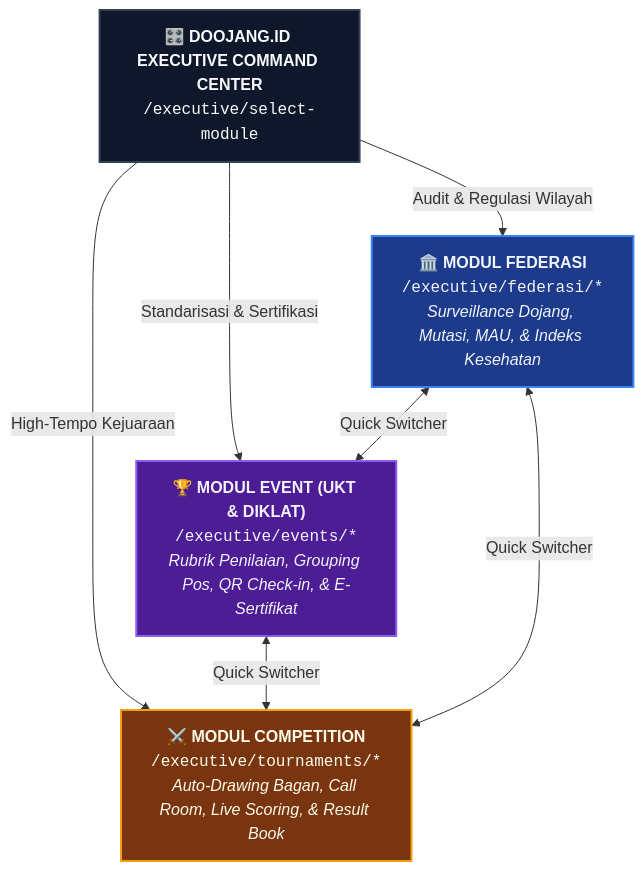
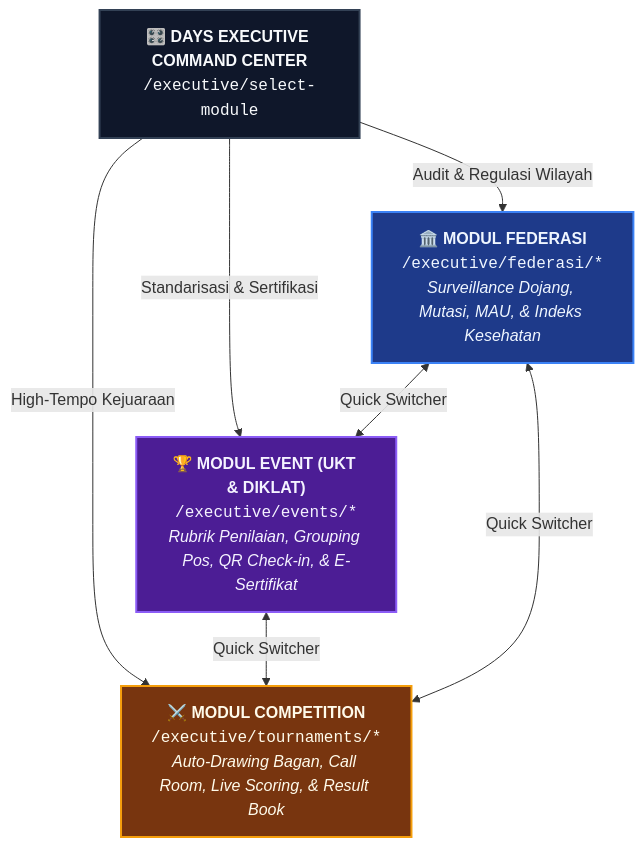
The first of 5 diagrams in content/ideas/dojang-management/modules/days-executive/SHOWCASE.md (dojangsystem-ai/days), drawn with Mermaid before and after one commit. The commit also changed other lines of this file and 18 other files, not shown here.

Commit message:
refactor: rebrand product name to DAYS across documentation and update roadmap structure

````diff
--- a/content/ideas/dojang-management/modules/days-executive/SHOWCASE.md
+++ b/content/ideas/dojang-management/modules/days-executive/SHOWCASE.md
@@ -24,22 +24,22 @@
 ```mermaid
 flowchart TD
-    WS["🎛️ <b>DOOJANG.ID EXECUTIVE COMMAND CENTER</b><br/><code>/executive/select-module</code>"]
+    WS["🎛️ <b>DAYS EXECUTIVE COMMAND CENTER</b><br/><code>/executive/select-module</code>"]
     
     WS -->|Audit & Regulasi Wilayah| MOD_FED["🏛️ <b>MODUL FEDERASI</b><br/><code>/executive/federasi/*</code><br/><i>Surveillance Dojang, Mutasi, MAU, & Indeks Kesehatan</i>"]
     WS -->|Standarisasi & Sertifikasi| MOD_EVT["🏆 <b>MODUL EVENT (UKT & DIKLAT)</b><br/><code>/executive/events/*</code><br/><i>Rubrik Penilaian, Grouping Pos, QR Check-in, & E-Sertifikat</i>"]
     WS -->|High-Tempo Kejuaraan| MOD_TRN["⚔️ <b>MODUL COMPETITION</b><br/><code>/executive/tournaments/*</code><br/><i>Auto-Drawing Bagan, Call Room, Live Scoring, & Result Book</i>"]
     
     MOD_FED <-->|Quick Switcher| MOD_EVT
     MOD_EVT <-->|Quick Switcher| MOD_TRN
     MOD_TRN <-->|Quick Switcher| MOD_FED
 
     classDef main fill:#0f172a,stroke:#334155,stroke-width:2px,color:#f8fafc;
     classDef fed fill:#1e3a8a,stroke:#3b82f6,stroke-width:2px,color:#eff6ff;
     classDef evt fill:#4c1d95,stroke:#8b5cf6,stroke-width:2px,color:#f5f3ff;
     classDef trn fill:#78350f,stroke:#f59e0b,stroke-width:2px,color:#fffbeb;
 
     class WS main;
     class MOD_FED fed;
     class MOD_EVT evt;
     class MOD_TRN trn;
 ```
````
